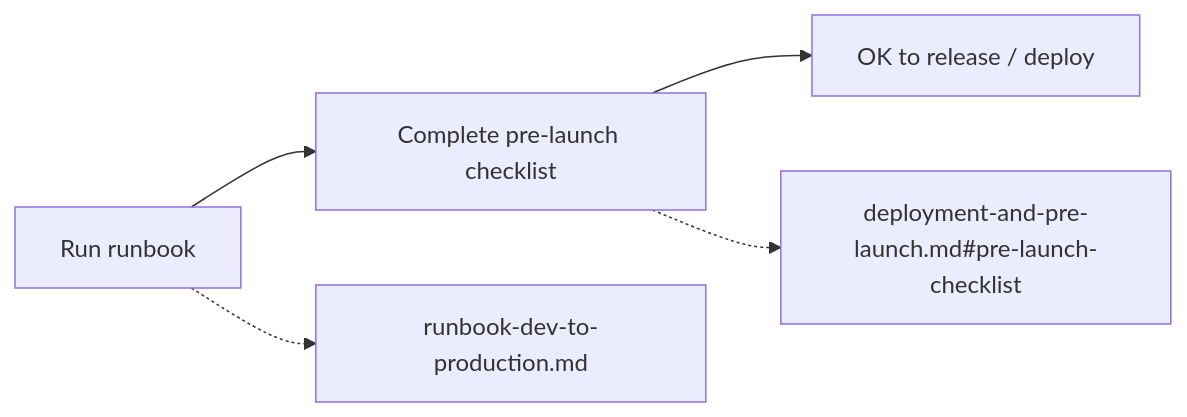
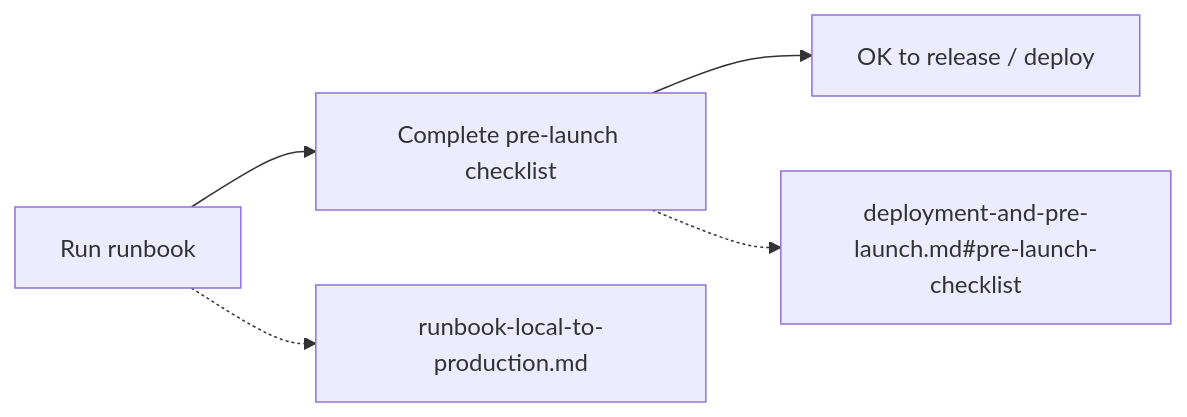
Before and after one commit to nikunjmavani/core-fe: the diagram in docs/deployment/path-to-production.md, drawn with Mermaid. The commit also changed other lines of this file and 9 other files, not shown here.

````diff
--- a/docs/deployment/path-to-production.md
+++ b/docs/deployment/path-to-production.md
@@ -5,7 +5,7 @@
 ```mermaid
 flowchart LR
   A[Run runbook] --> B[Complete pre-launch checklist]
   B --> C[OK to release / deploy]
-  A -.-> R[runbook-dev-to-production.md]
+  A -.-> R[runbook-local-to-production.md]
   B -.-> D[deployment-and-pre-launch.md#pre-launch-checklist]
 ```
````
